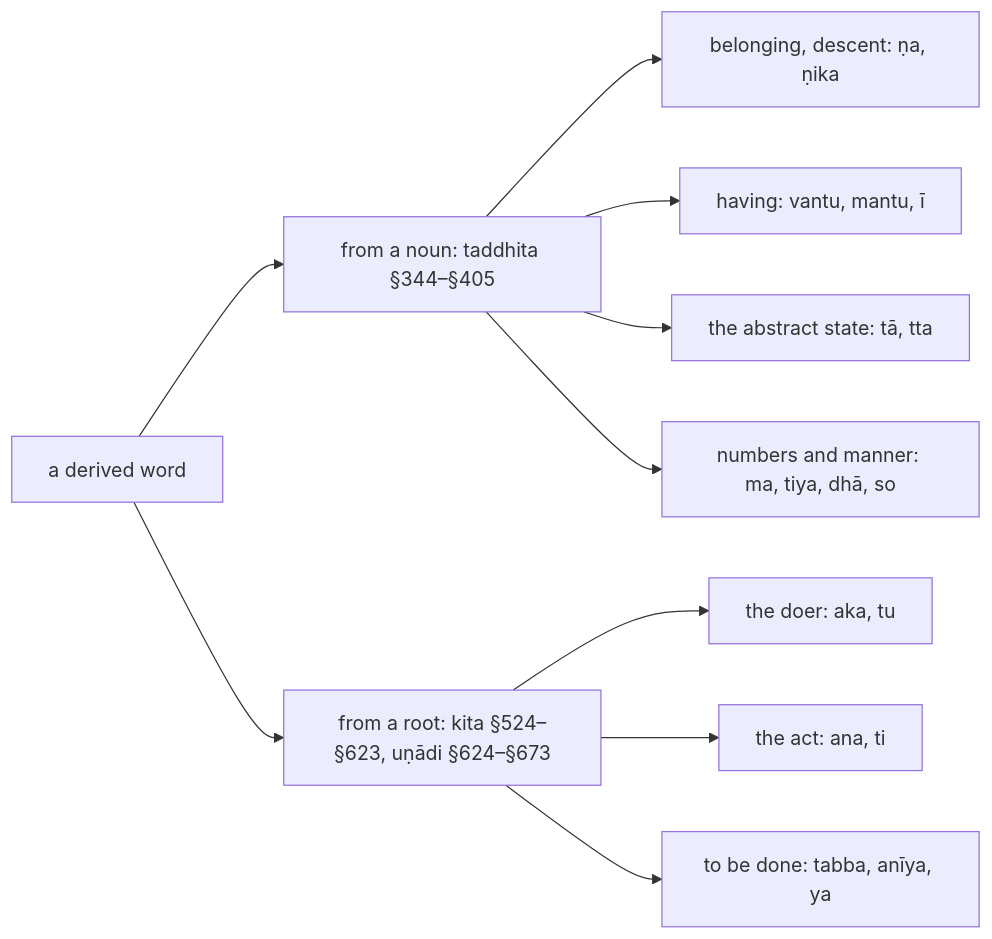
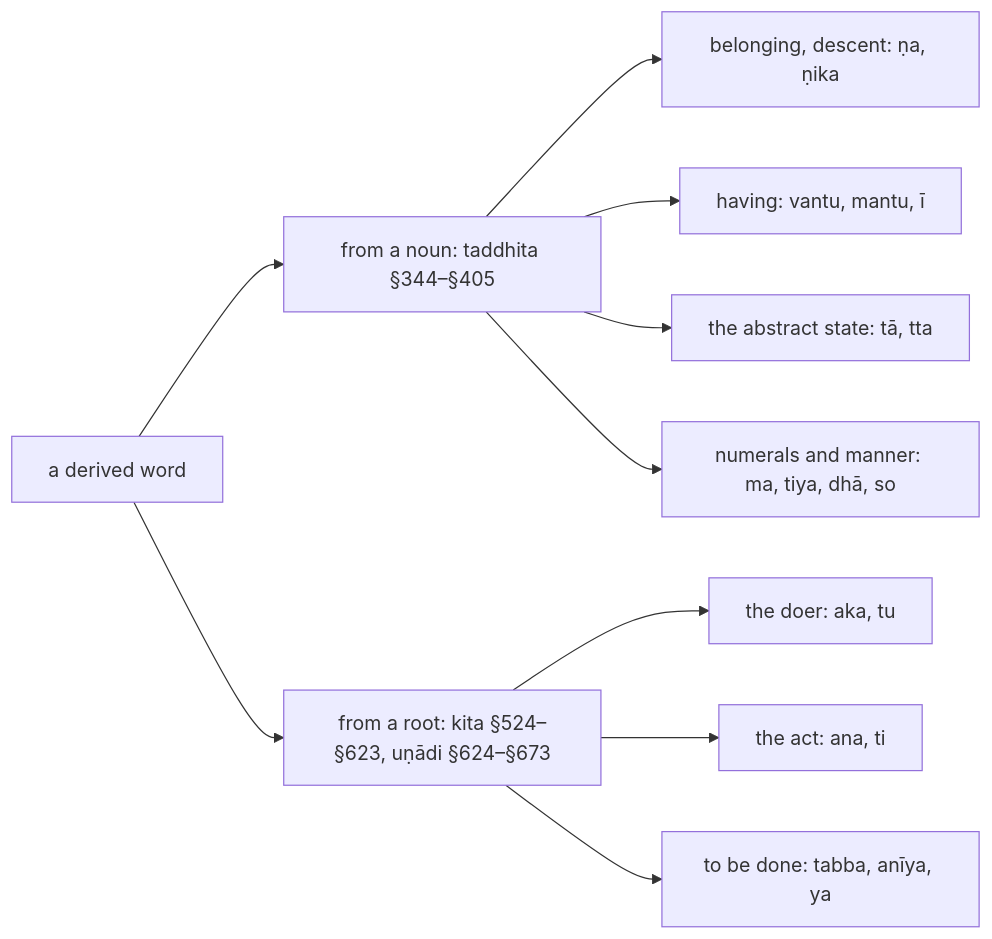
One commit to ChristineTham/buddhavacana changed the diagram in src/content/docs/Pali Textbook/10-0-derived.md. Above: the diagram before and after it, drawn with Mermaid. The commit also changed other lines of this file and 48 other files, not shown here.

````diff
--- a/src/content/docs/Pali Textbook/10-0-derived.md
+++ b/src/content/docs/Pali Textbook/10-0-derived.md
@@ -29,12 +29,12 @@
 ```mermaid
 flowchart LR
   W["a derived word"] --> T["from a noun: taddhita §344–§405"]
   W --> K["from a root: kita §524–§623, uṇādi §624–§673"]
   T --> T1["belonging, descent: ṇa, ṇika"]
   T --> T2["having: vantu, mantu, ī"]
   T --> T3["the abstract state: tā, tta"]
-  T --> T4["numbers and manner: ma, tiya, dhā, so"]
+  T --> T4["numerals and manner: ma, tiya, dhā, so"]
   K --> K1["the doer: aka, tu"]
   K --> K2["the act: ana, ti"]
   K --> K3["to be done: tabba, anīya, ya"]
 ```
````
